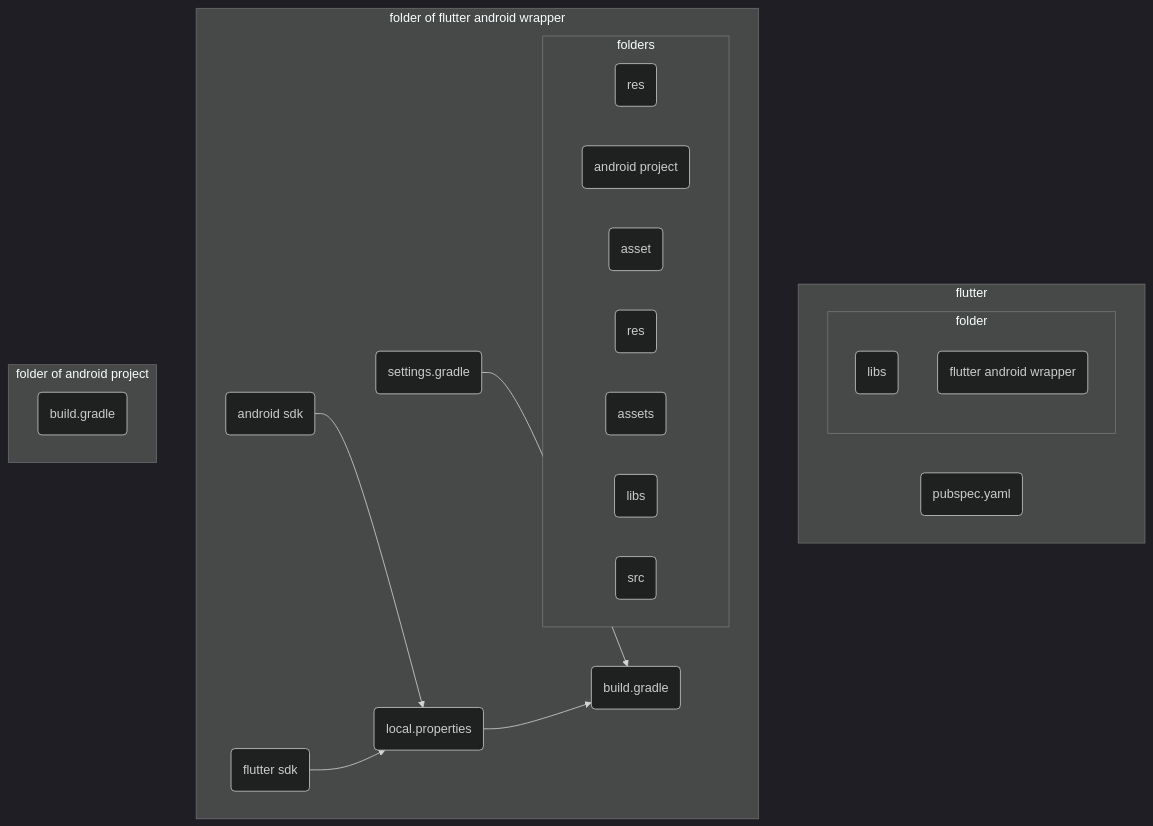
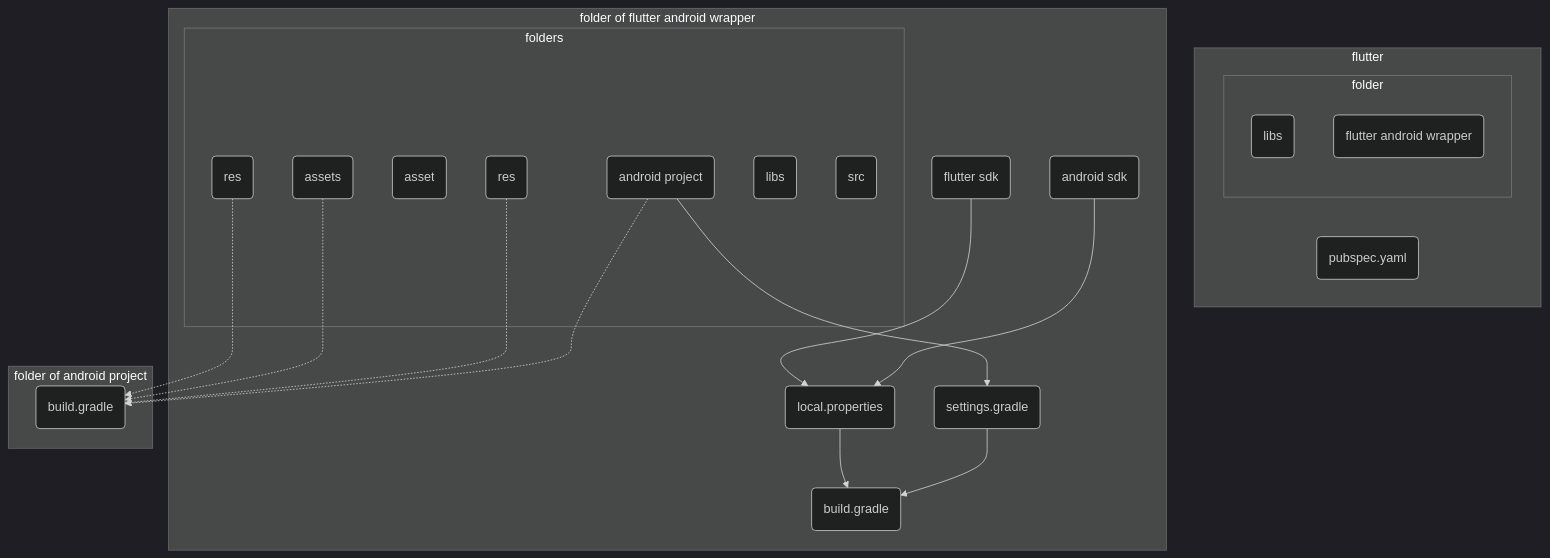
The second of 2 diagrams in flutter/addAndroidProjIntoFlutter.md (gordianknotC/nxp_note), drawn with Mermaid (dark theme) before and after one commit. The commit also changed other lines of this file, not shown here.

Commit message:
flutter/addAndroidProjIntoFlutter.md updated from https://stackedit.io/

````diff
--- a/flutter/addAndroidProjIntoFlutter.md
+++ b/flutter/addAndroidProjIntoFlutter.md
@@ -225,34 +225,41 @@
 ```mermaid
 graph TB
 	subgraph flutter
 		FP(pubspec.yaml)
 		subgraph folder
 			FL(libs)
 			FA(flutter android wrapper)
 		end
 	end
 	
 	subgraph folder of flutter android wrapper
 		WS(settings.gradle) --> WB(build.gradle)
 		WL(local.properties)--> WB
 		WL1(android sdk)-->WL
 		WL2(flutter sdk)-->WL
 		
 		subgraph folders
 			WR(res)
 			WP(android project)
 			WT(asset)
 		end
 	end
 	
 	subgraph folder of android project
 		AB(build.gradle)
 		 subgraph folders
 			 AR(res) 
 			 AT(assets)
 			 AL(libs)
 			 AC(src)
 		 end
 	end	 
+	
+	WP --> WS
+	WP -.-> AB
+	WR -.-> AB
+	AT -.-> AB
+	AR -.-> AB
+	
 
 ```
````
